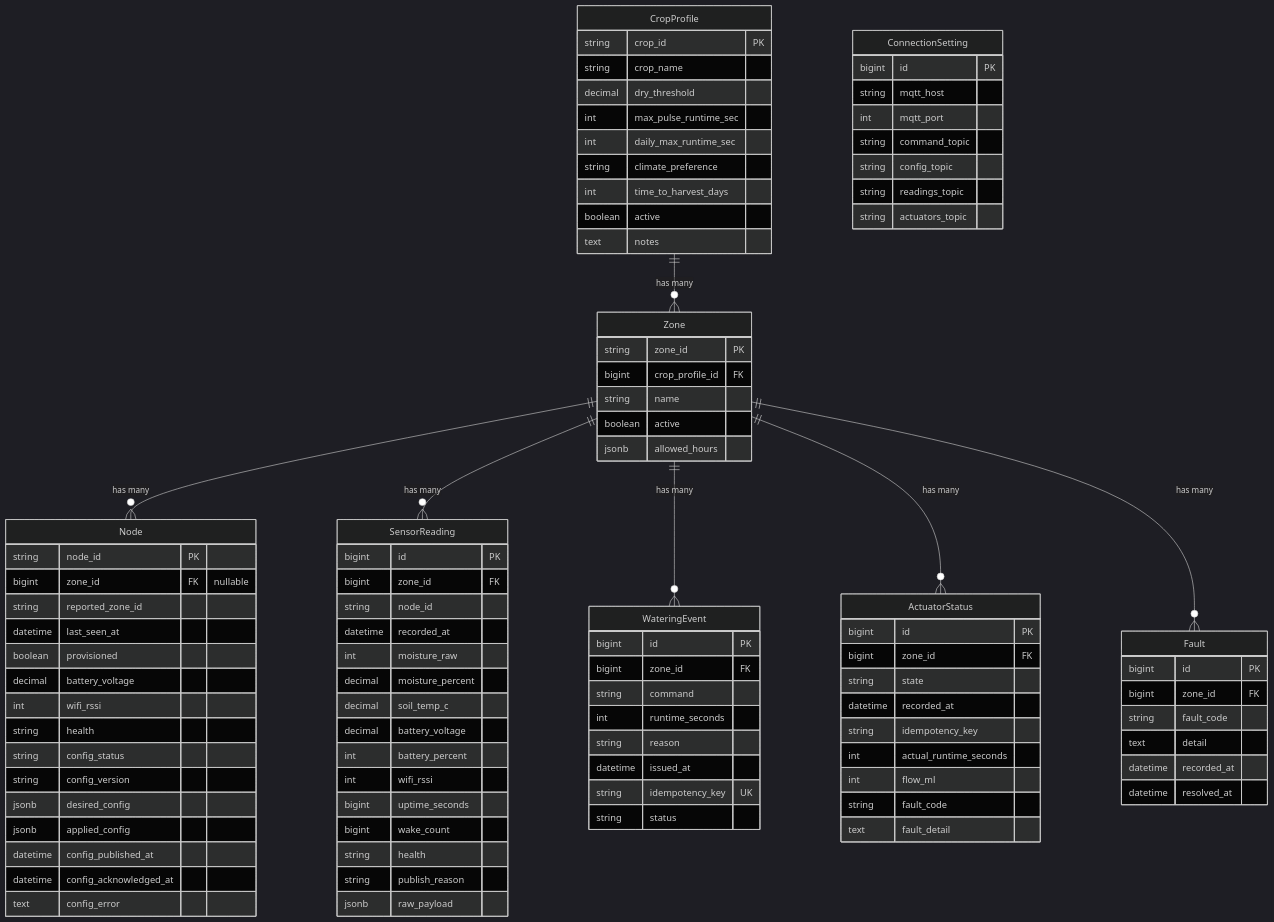
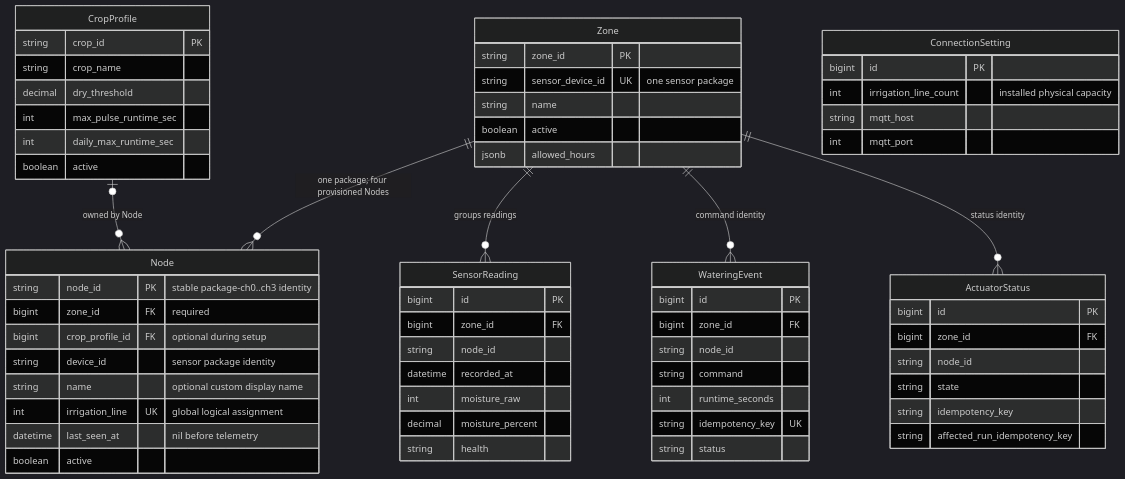
The diagram in docs/diagrams/04-erd.mmd (noelbond/victory_garden), drawn with Mermaid (dark theme) before and after one commit. The commit also changed 209 other files, not shown here.

```diff
--- a/docs/diagrams/04-erd.mmd
+++ b/docs/diagrams/04-erd.mmd
@@ -1,105 +1,70 @@
 erDiagram
-    CropProfile {
-        string  crop_id       PK
-        string  crop_name
-        decimal dry_threshold
-        int     max_pulse_runtime_sec
-        int     daily_max_runtime_sec
-        string  climate_preference
-        int     time_to_harvest_days
+    Zone {
+        string zone_id PK
+        string sensor_device_id UK "one sensor package"
+        string name
         boolean active
-        text    notes
-    }
-
-    Zone {
-        string  zone_id         PK
-        bigint  crop_profile_id FK
-        string  name
-        boolean active
-        jsonb   allowed_hours
+        jsonb allowed_hours
     }
 
     Node {
-        string   node_id          PK
-        bigint   zone_id          FK "nullable"
-        string   reported_zone_id
-        datetime last_seen_at
-        boolean  provisioned
-        decimal  battery_voltage
-        int      wifi_rssi
-        string   health
-        string   config_status
-        string   config_version
-        jsonb    desired_config
-        jsonb    applied_config
-        datetime config_published_at
-        datetime config_acknowledged_at
-        text     config_error
+        string node_id PK "stable package-ch0..ch3 identity"
+        bigint zone_id FK "required"
+        bigint crop_profile_id FK "optional during setup"
+        string device_id "sensor package identity"
+        string name "optional custom display name"
+        int irrigation_line UK "global logical assignment"
+        datetime last_seen_at "nil before telemetry"
+        boolean active
+    }
+
+    CropProfile {
+        string crop_id PK
+        string crop_name
+        decimal dry_threshold
+        int max_pulse_runtime_sec
+        int daily_max_runtime_sec
+        boolean active
+    }
+
+    ConnectionSetting {
+        bigint id PK
+        int irrigation_line_count "installed physical capacity"
+        string mqtt_host
+        int mqtt_port
     }
 
     SensorReading {
-        bigint   id             PK
-        bigint   zone_id        FK
-        string   node_id
+        bigint id PK
+        bigint zone_id FK
+        string node_id
         datetime recorded_at
-        int      moisture_raw
-        decimal  moisture_percent
-        decimal  soil_temp_c
-        decimal  battery_voltage
-        int      battery_percent
-        int      wifi_rssi
-        bigint   uptime_seconds
-        bigint   wake_count
-        string   health
-        string   publish_reason
-        jsonb    raw_payload
+        int moisture_raw
+        decimal moisture_percent
+        string health
     }
 
     WateringEvent {
-        bigint   id              PK
-        bigint   zone_id         FK
-        string   command
-        int      runtime_seconds
-        string   reason
-        datetime issued_at
-        string   idempotency_key UK
-        string   status
+        bigint id PK
+        bigint zone_id FK
+        string node_id
+        string command
+        int runtime_seconds
+        string idempotency_key UK
+        string status
     }
 
     ActuatorStatus {
-        bigint   id                    PK
-        bigint   zone_id               FK
-        string   state
-        datetime recorded_at
-        string   idempotency_key
-        int      actual_runtime_seconds
-        int      flow_ml
-        string   fault_code
-        text     fault_detail
+        bigint id PK
+        bigint zone_id FK
+        string node_id
+        string state
+        string idempotency_key
+        string affected_run_idempotency_key
     }
 
-    Fault {
-        bigint   id          PK
-        bigint   zone_id     FK
-        string   fault_code
-        text     detail
-        datetime recorded_at
-        datetime resolved_at
-    }
-
-    ConnectionSetting {
-        bigint  id               PK
-        string  mqtt_host
-        int     mqtt_port
-        string  command_topic
-        string  config_topic
-        string  readings_topic
-        string  actuators_topic
-    }
-
-    CropProfile  ||--o{  Zone           : "has many"
-    Zone         ||--o{  Node           : "has many"
-    Zone         ||--o{  SensorReading  : "has many"
-    Zone         ||--o{  WateringEvent  : "has many"
-    Zone         ||--o{  ActuatorStatus : "has many"
-    Zone         ||--o{  Fault          : "has many"
+    Zone        ||--o{ Node            : "one package; four provisioned Nodes"
+    CropProfile o|--o{ Node            : "owned by Node"
+    Zone        ||--o{ SensorReading   : "groups readings"
+    Zone        ||--o{ WateringEvent   : "command identity"
+    Zone        ||--o{ ActuatorStatus  : "status identity"
```
